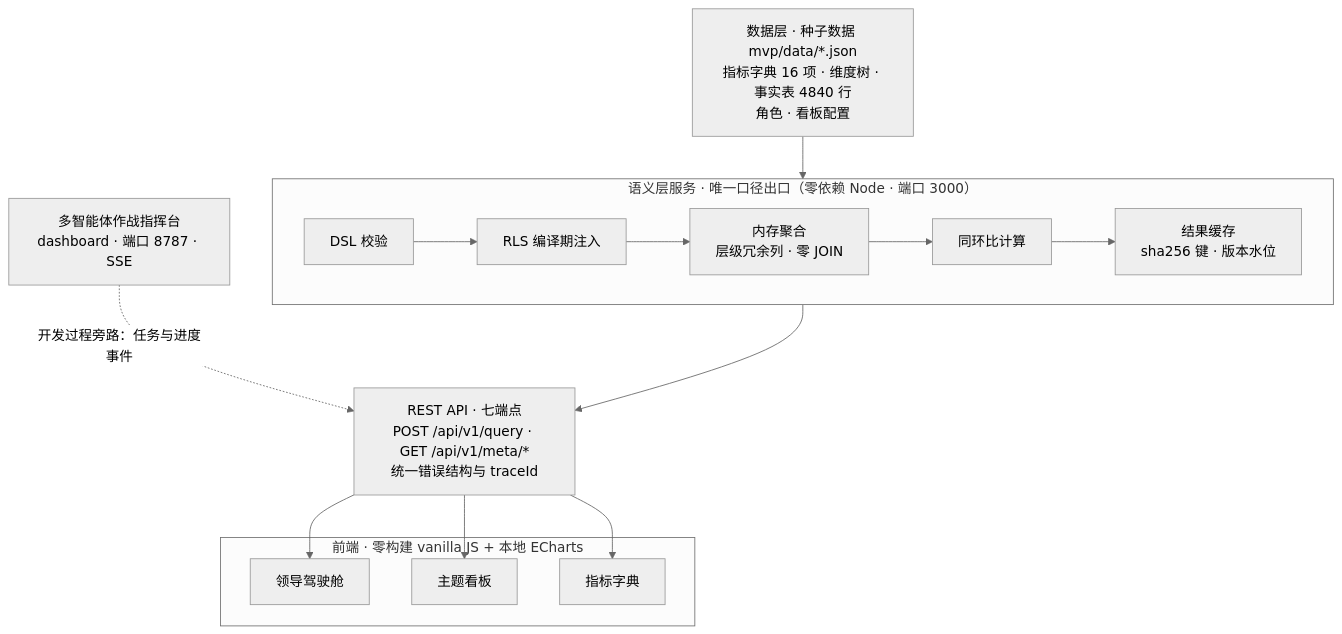
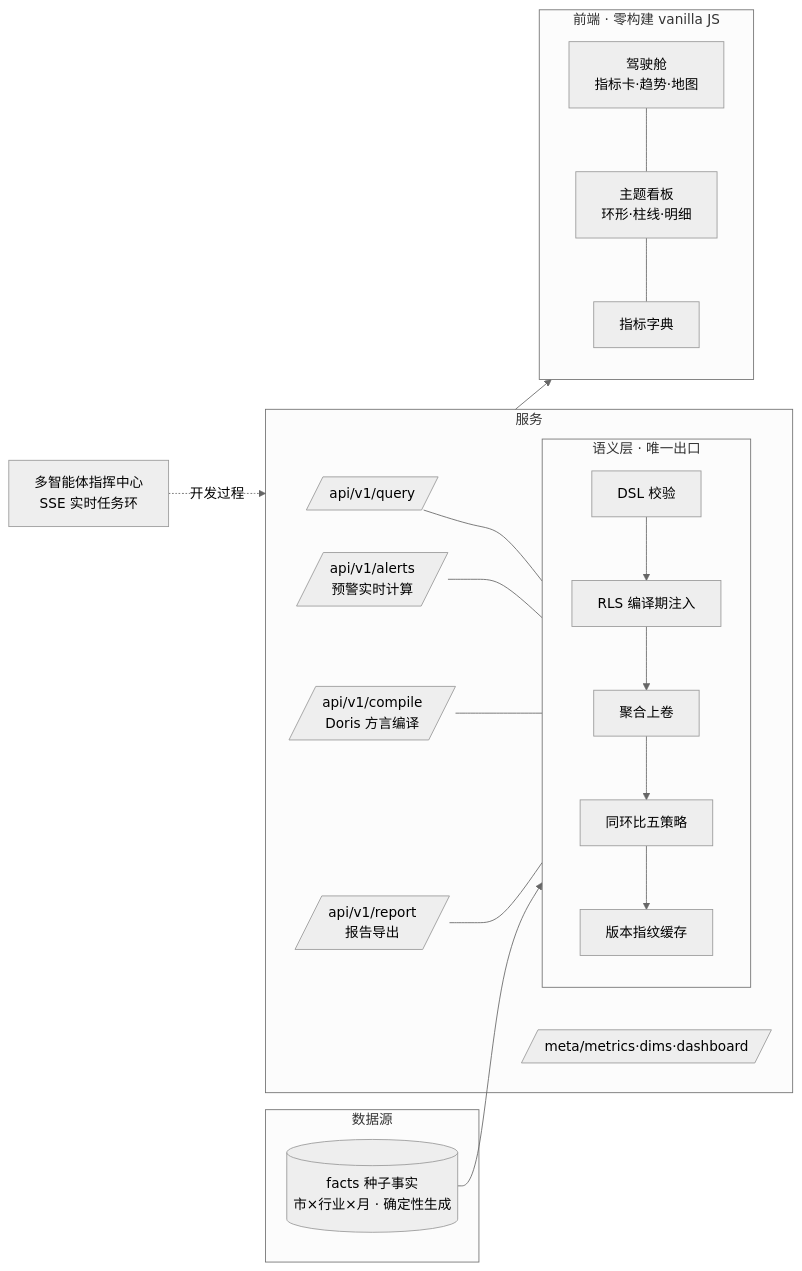
One commit to topbat/statvista changed the diagram in README.md. Above: the diagram before and after it, drawn with Mermaid (neutral theme). The commit also changed other lines of this file and 8 other files, not shown here.

````diff
--- a/README.md
+++ b/README.md
@@ -78,22 +74,22 @@
 ```mermaid
-flowchart TD
-    DATA["数据层 · 种子数据 mvp/data/*.json<br/>指标字典 16 项 · 维度树 · 事实表 4840 行<br/>角色 · 看板配置"]
-    subgraph SEM["语义层服务 · 唯一口径出口（零依赖 Node · 端口 3000）"]
-        direction LR
-        S1["DSL 校验"] --> S2["RLS 编译期注入"] --> S3["内存聚合<br/>层级冗余列 · 零 JOIN"] --> S4["同环比计算"] --> S5["结果缓存<br/>sha256 键 · 版本水位"]
-    end
-    API["REST API · 七端点<br/>POST /api/v1/query · GET /api/v1/meta/*<br/>统一错误结构与 traceId"]
-    subgraph WEB["前端 · 零构建 vanilla JS + 本地 ECharts"]
-        P1["领导驾驶舱"]
-        P2["主题看板"]
-        P3["指标字典"]
-    end
-    MC["多智能体作战指挥台<br/>dashboard · 端口 8787 · SSE"]
-
-    DATA --> S1
-    S5 --> API
-    API --> P1
-    API --> P2
-    API --> P3
-    MC -. "开发过程旁路：任务与进度事件" .-> API
+flowchart LR
+  subgraph SRC[数据源]
+    F[(facts 种子事实<br/>市×行业×月 · 确定性生成)]
+  end
+  subgraph SEM[语义层 · 唯一出口]
+    Q[DSL 校验] --> R[RLS 编译期注入] --> A[聚合上卷] --> Y[同环比五策略] --> C[版本指纹缓存]
+  end
+  subgraph SRV[服务]
+    E1[/api/v1/query/] --- SEM
+    E2[/api/v1/alerts<br/>预警实时计算/] --- SEM
+    E3[/api/v1/compile<br/>Doris 方言编译/] --- SEM
+    E4[/api/v1/report<br/>报告导出/] --- SEM
+    M1[/meta/metrics·dims·dashboard/]
+  end
+  F --> SEM
+  subgraph WEB[前端 · 零构建 vanilla JS]
+    P1[驾驶舱<br/>指标卡·趋势·地图] --- P2[主题看板<br/>环形·柱线·明细] --- P3[指标字典]
+  end
+  SRV --> WEB
+  MC[多智能体指挥中心<br/>SSE 实时任务环] -.开发过程.-> SRV
 ```
````
